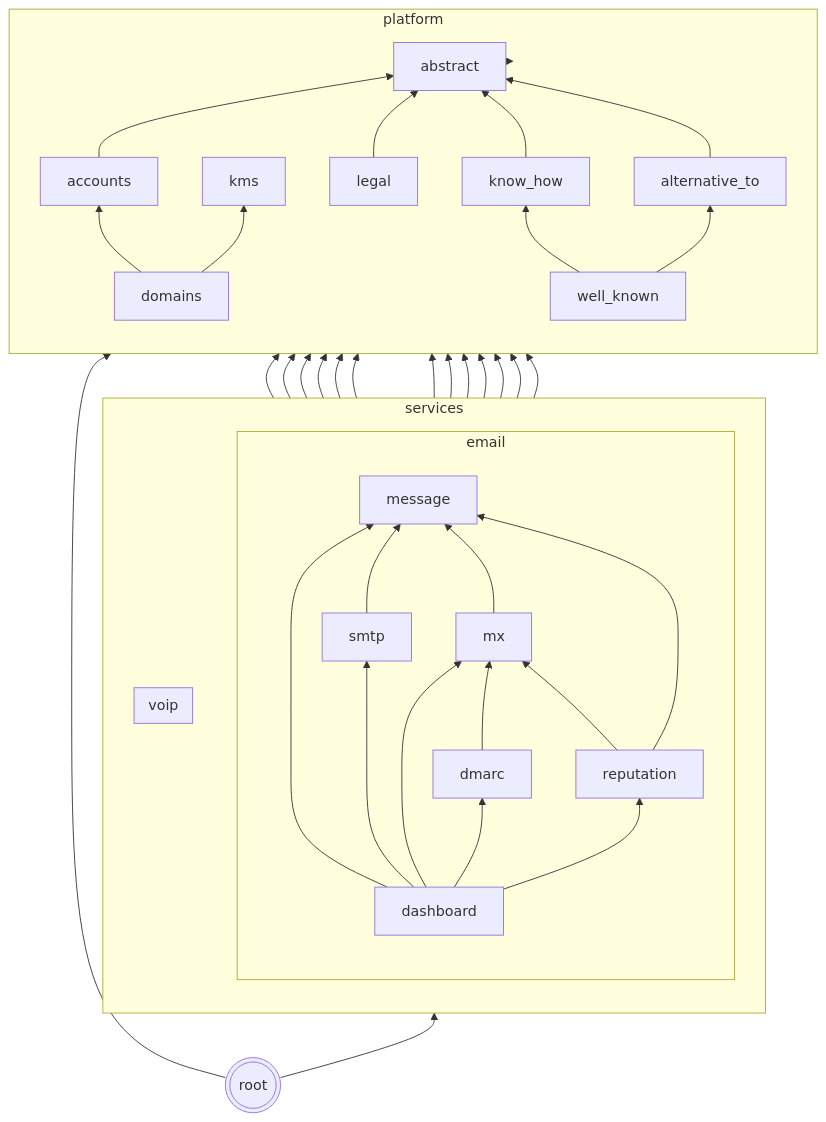
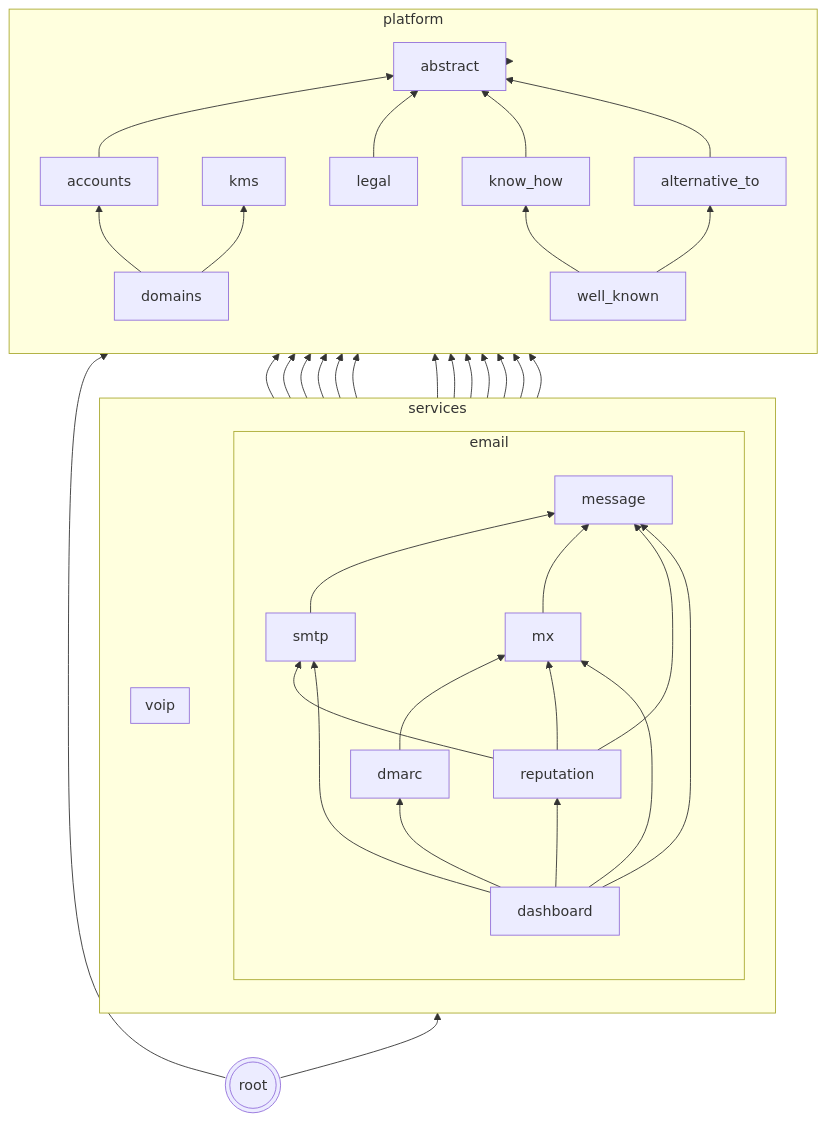
The diagram in README.md (codingjoe/relay), drawn with Mermaid before and after one commit. The commit also changed 6 other files, not shown here.

````diff
--- a/README.md
+++ b/README.md
@@ -145,64 +145,65 @@
 ```mermaid
 graph BT
  abstract[abstract];
  kms[kms];
  subgraph platform
  direction BT
  accounts
  domains
  know_how[know_how]
  alternative_to[alternative_to]
  legal
  well_known[well_known]
  domains --> accounts
  accounts --> abstract
  domains --> kms
  legal --> abstract
  know_how --> abstract
  alternative_to --> abstract
  well_known --> know_how
  well_known --> alternative_to
  end
  subgraph services
  direction BT
  subgraph email
  direction BT
  dashboard[dashboard]
  message[message]
  smtp
  mx
  dmarc
  reputation
  message --> accounts
  message --> domains
  smtp --> message
  smtp --> accounts
  smtp --> domains
  smtp --> kms
  mx --> message
  mx --> accounts
  mx --> domains
  mx --> kms
  dmarc --> accounts
  dmarc --> domains
  dmarc --> mx
  reputation --> mx
  reputation --> message
  reputation --> domains
  reputation --> accounts
+ reputation --> smtp
  dashboard --> message
  dashboard --> smtp
  dashboard --> mx
  dashboard --> dmarc
  dashboard --> reputation
  end
  subgraph voip
  direction BT
  end
  end
  services --> platform;
  platform --> abstract;
  root --> services;
  root --> platform;
  root(((root)))
 ```
````
